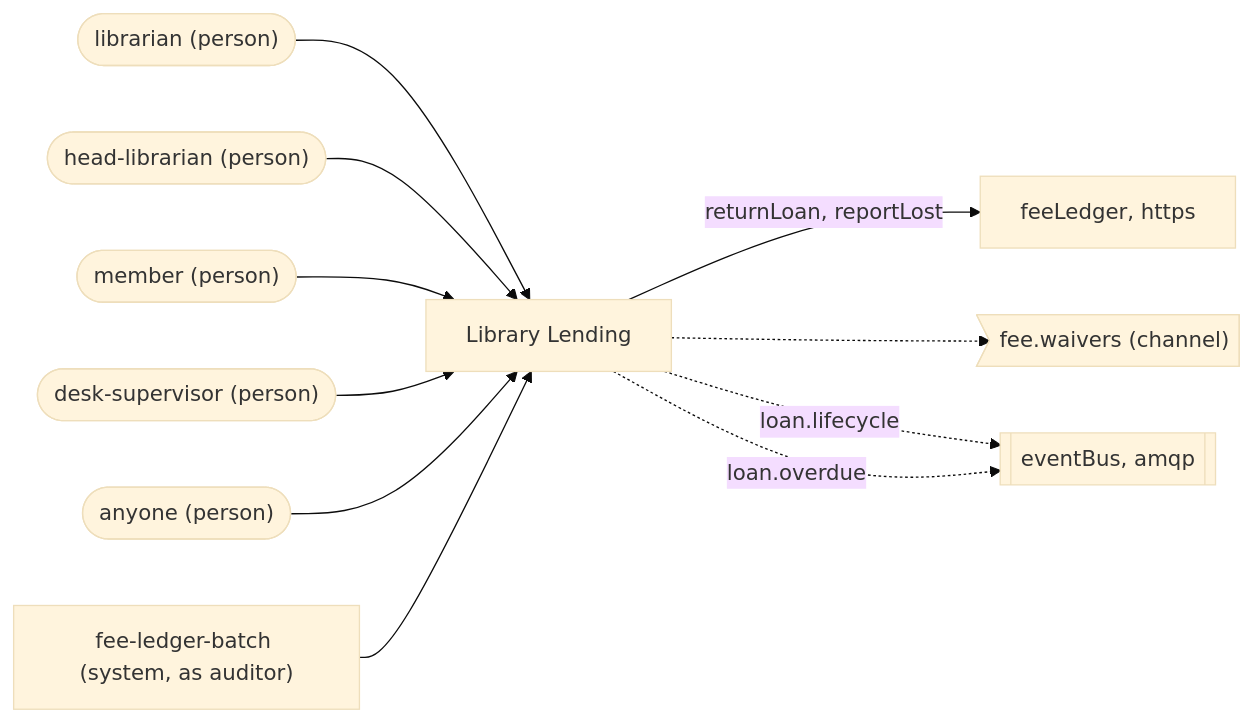
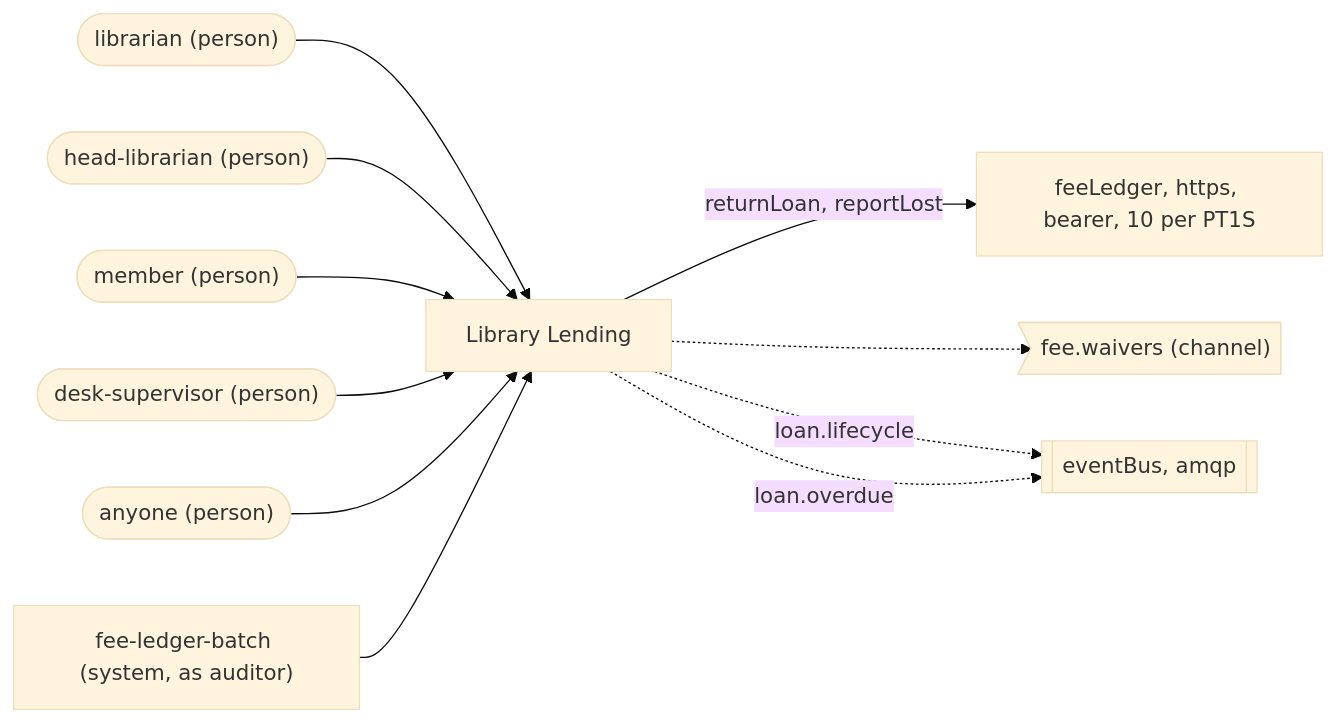
One commit to SpecArch/specarch changed the first of 30 diagrams in examples/library-lending/docs/techspec.md. Above: the diagram before and after it, drawn with Mermaid (base theme). The commit also changed other lines of this file and 113 other files, not shown here.

````diff
--- a/examples/library-lending/docs/techspec.md
+++ b/examples/library-lending/docs/techspec.md
@@ -52,23 +52,23 @@
 ```mermaid
 flowchart LR
   system["Library Lending"]
   person_librarian(["librarian (person)"])
   person_librarian --> system
   person_head_librarian(["head-librarian (person)"])
   person_head_librarian --> system
   person_member(["member (person)"])
   person_member --> system
   person_desk_supervisor(["desk-supervisor (person)"])
   person_desk_supervisor --> system
   person_anyone(["anyone (person)"])
   person_anyone --> system
   client_fee_ledger_batch["fee-ledger-batch (system, as auditor)"]
   client_fee_ledger_batch --> system
-  dependency_feeLedger["feeLedger, https"]
+  dependency_feeLedger["feeLedger, https, bearer, 10 per PT1S"]
   system -->|"returnLoan, reportLost"| dependency_feeLedger
   dependency_eventBus[["eventBus, amqp"]]
   channel_fee_waivers>"fee.waivers (channel)"]
   system -.-> channel_fee_waivers
   system -.->|"loan.lifecycle"| dependency_eventBus
   system -.->|"loan.overdue"| dependency_eventBus
 ```
````
